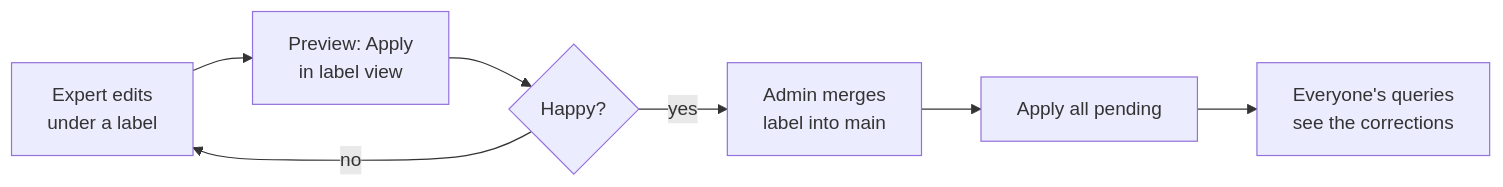
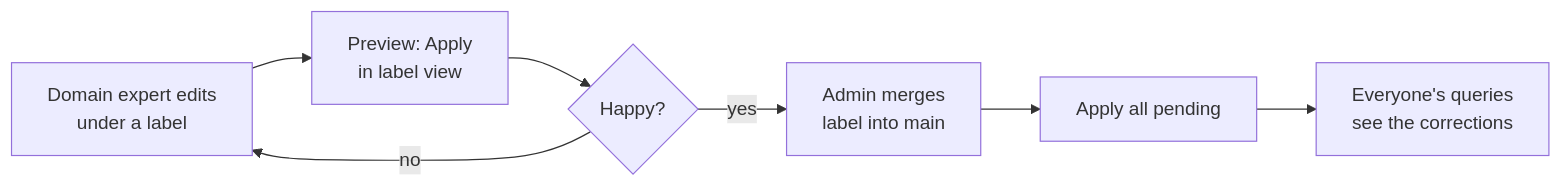
One commit to kurnoolion/nora changed the diagram in docs/enrichment-review-guide.md. Above: the diagram before and after it, drawn with Mermaid. The commit also changed other lines of this file, not shown here.

Commit message:
docs: guide covers both roles under one title; expert -> domain expert

````diff
--- a/docs/enrichment-review-guide.md
+++ b/docs/enrichment-review-guide.md
@@ -21,9 +22,9 @@
 ```mermaid
 flowchart LR
-    A[Expert edits<br>under a label] --> B[Preview: Apply<br>in label view]
+    A[Domain expert edits<br>under a label] --> B[Preview: Apply<br>in label view]
     B --> C{Happy?}
     C -- no --> A
     C -- yes --> D[Admin merges<br>label into main]
     D --> E[Apply all pending]
     E --> F[Everyone's queries<br>see the corrections]
 ```
````
